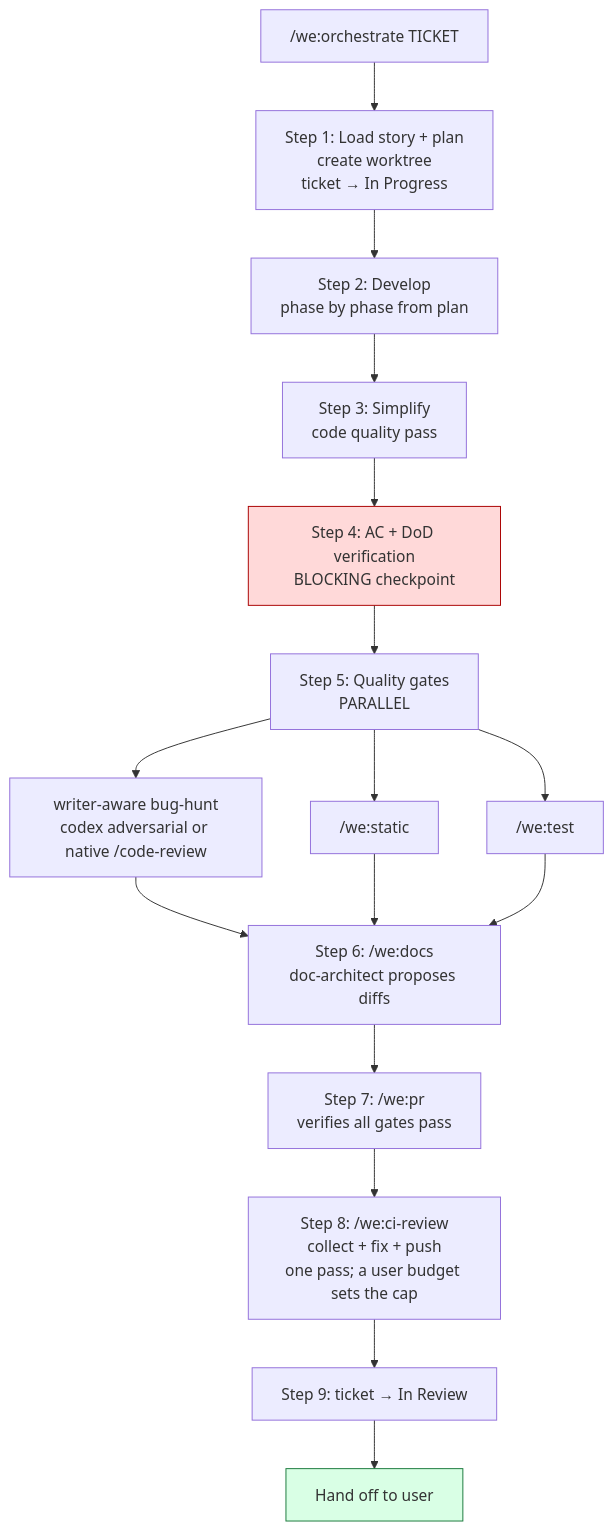
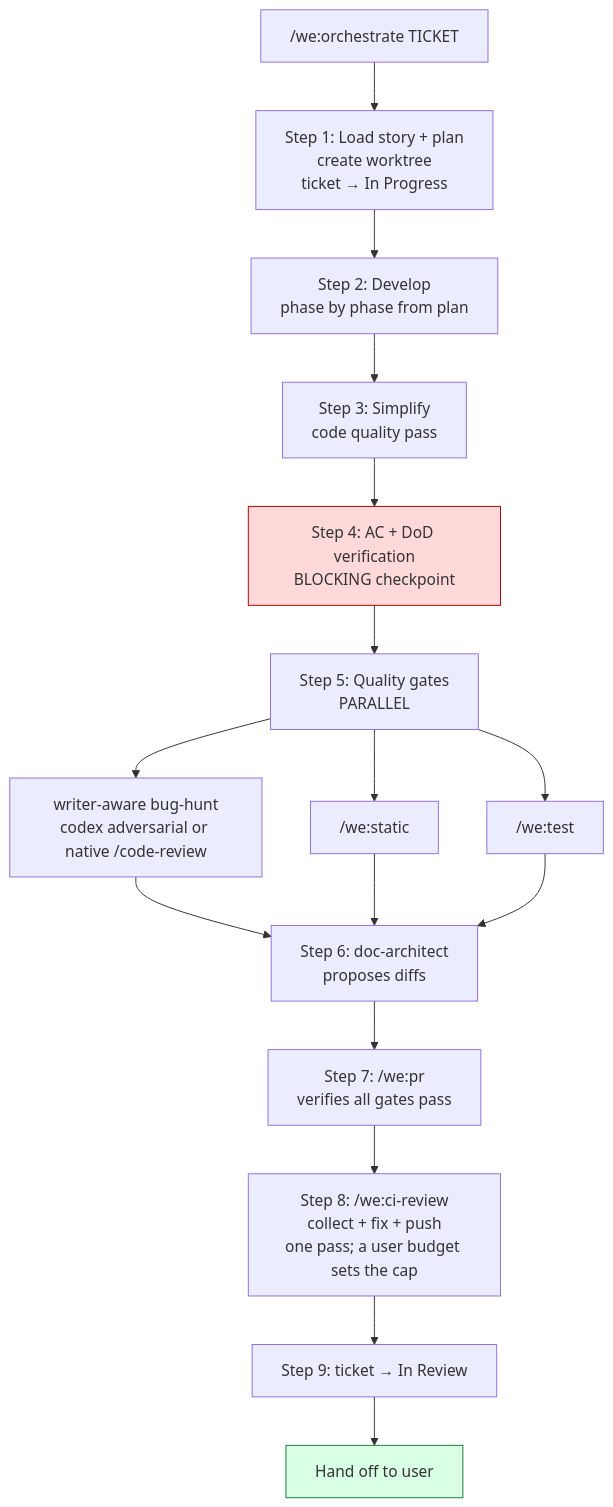
Before and after one commit to weside-ai/claude-code-plugin: the second of 4 diagrams in docs/workflow.md, drawn with Mermaid. The commit also changed other lines of this file and 67 other files, not shown here.

````diff
--- a/docs/workflow.md
+++ b/docs/workflow.md
@@ -81,19 +81,19 @@
 ```mermaid
 flowchart TB
     Start["/we:orchestrate TICKET"] --> DoR[Step 1: Load story + plan<br/>create worktree<br/>ticket → In Progress]
     DoR --> Dev[Step 2: Develop<br/>phase by phase from plan]
     Dev --> Simp[Step 3: Simplify<br/>code quality pass]
     Simp --> AC[Step 4: AC + DoD verification<br/>BLOCKING checkpoint]
     AC --> Gates[Step 5: Quality gates<br/>PARALLEL]
     Gates --> Review["writer-aware bug-hunt<br/>codex adversarial or native /code-review"]
     Gates --> Static["/we:static"]
     Gates --> Test["/we:test"]
-    Review & Static & Test --> Docs[Step 6: /we:docs<br/>doc-architect proposes diffs]
+    Review & Static & Test --> Docs[Step 6: doc-architect<br/>proposes diffs]
     Docs --> PR[Step 7: /we:pr<br/>verifies all gates pass]
     PR --> CI[Step 8: /we:ci-review<br/>collect + fix + push<br/>one pass; a user budget sets the cap]
     CI --> Verify[Step 9: ticket → In Review]
     Verify --> Hand[Hand off to user]
 
     style AC fill:#ffd9d9,stroke:#aa0000
     style Hand fill:#d9ffe5,stroke:#1a7a3c
 ```
````
